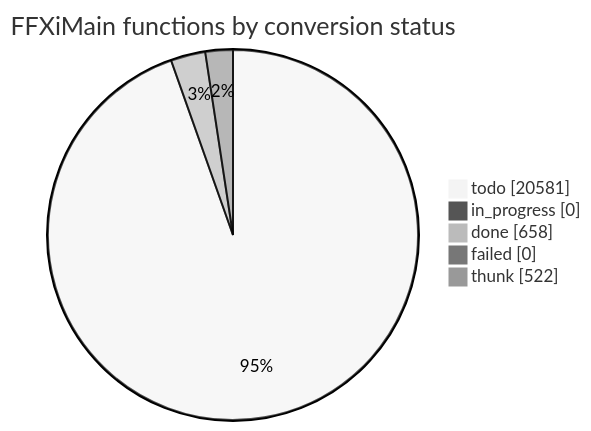
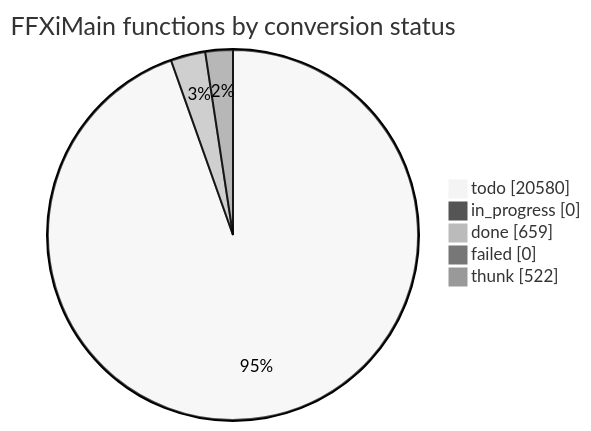
One commit to cowrevenge/cow_kuluu_xi_anything changed the diagram in docs/cow/STATUS.md. Above: the diagram before and after it, drawn with Mermaid (neutral theme). The commit also changed other lines of this file and 9 other files, not shown here.

````diff
--- a/docs/cow/STATUS.md
+++ b/docs/cow/STATUS.md
@@ -18,9 +18,9 @@
 ```mermaid
 pie showData
     title FFXiMain functions by conversion status
-    "todo" : 20581
+    "todo" : 20580
     "in_progress" : 0
-    "done" : 658
+    "done" : 659
     "failed" : 0
     "thunk" : 522
 ```
````
